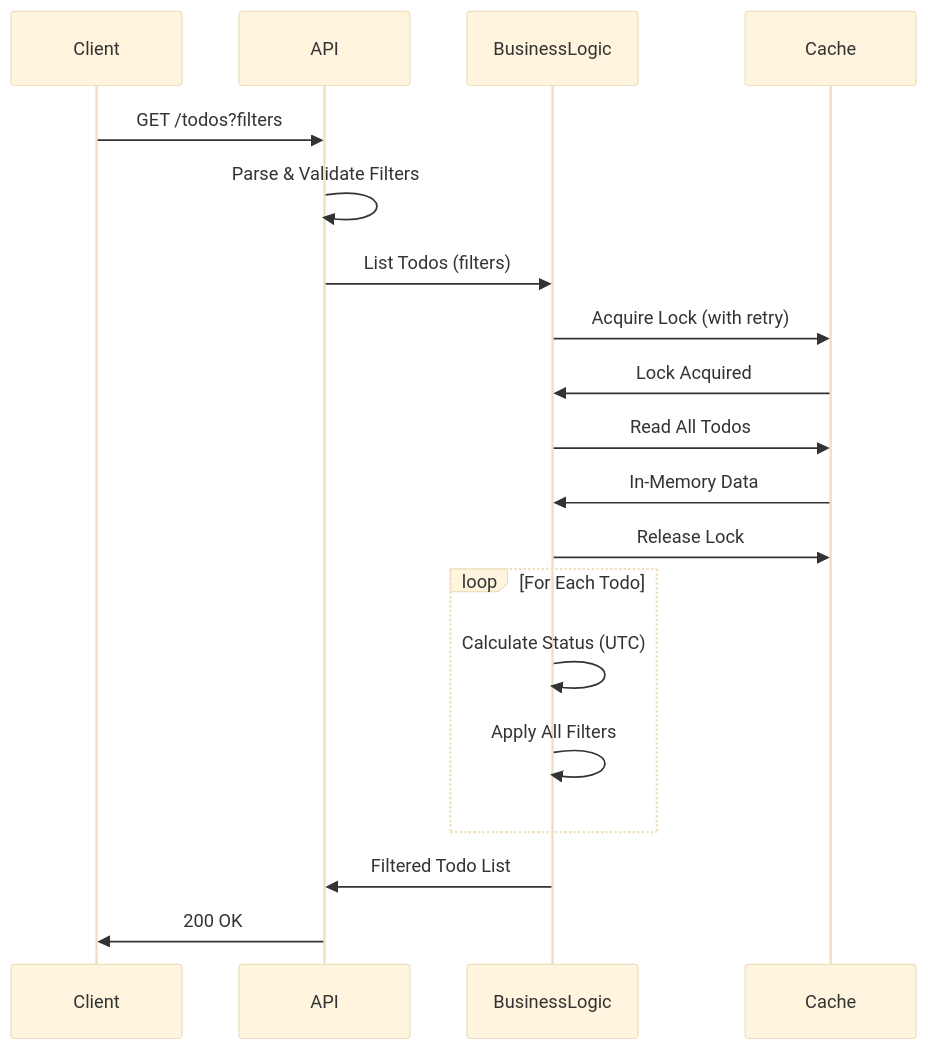
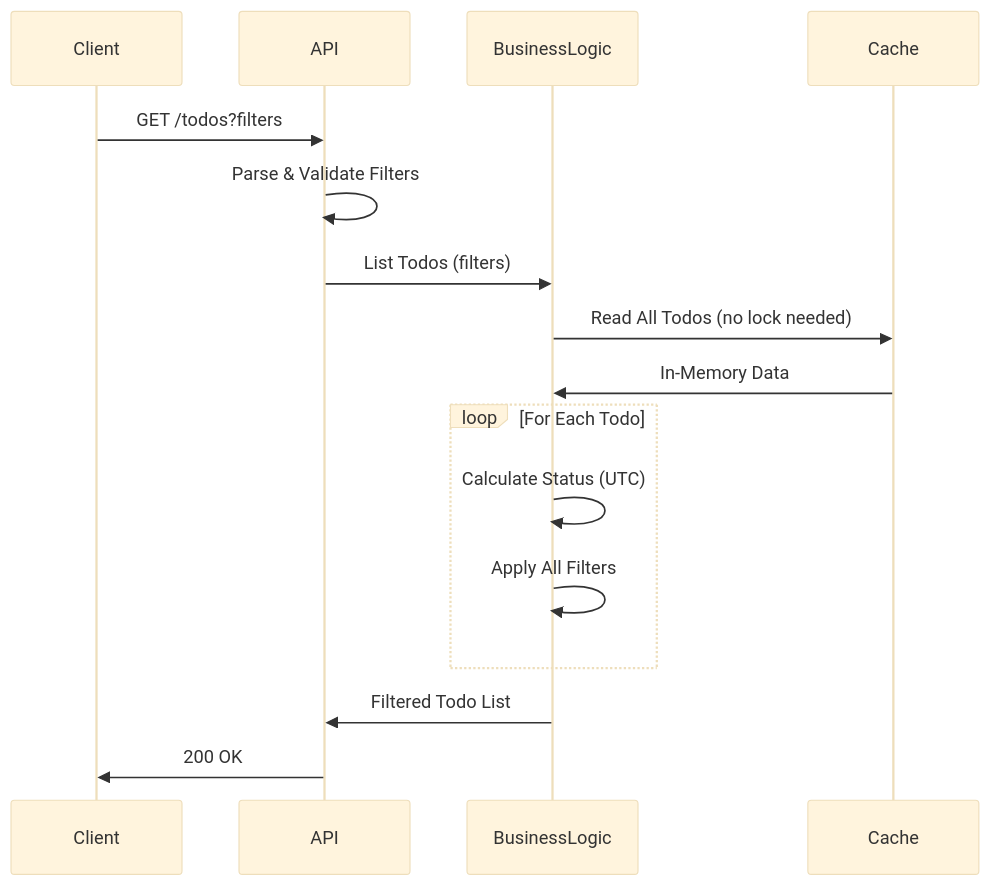
Before and after one commit to midearth-labs/web-agent-protocol: the ninth of 11 diagrams in todo-app/docs/design/hld.md, drawn with Mermaid (base theme). The commit also changed other lines of this file and 8 other files, not shown here.

````diff
--- a/todo-app/docs/design/hld.md
+++ b/todo-app/docs/design/hld.md
@@ -547,24 +548,21 @@
 ```mermaid
 sequenceDiagram
     participant Client
     participant API
     participant BusinessLogic
     participant Cache
     
     Client->>API: GET /todos?filters
     API->>API: Parse & Validate Filters
     API->>BusinessLogic: List Todos (filters)
-    BusinessLogic->>Cache: Acquire Lock (with retry)
-    Cache->>BusinessLogic: Lock Acquired
-    BusinessLogic->>Cache: Read All Todos
+    BusinessLogic->>Cache: Read All Todos (no lock needed)
     Cache->>BusinessLogic: In-Memory Data
-    BusinessLogic->>Cache: Release Lock
     
     loop For Each Todo
         BusinessLogic->>BusinessLogic: Calculate Status (UTC)
         BusinessLogic->>BusinessLogic: Apply All Filters
     end
     
     BusinessLogic->>API: Filtered Todo List
     API->>Client: 200 OK
 ```
````
